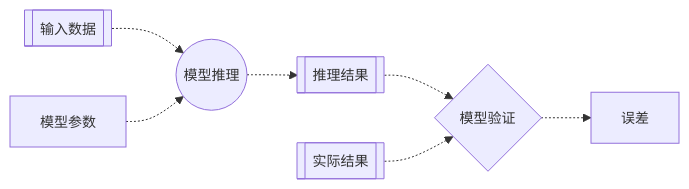
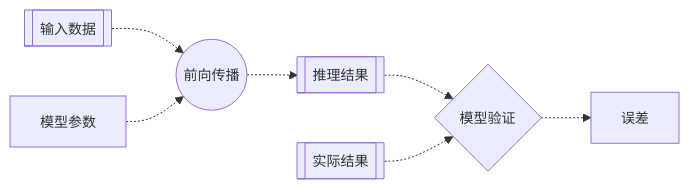
The third of 3 diagrams in edu/01-learn-neural-networks-from-scratch/md/01-artificial-neural-networks/02-损失函数：用均方误差验证模型.md (li-xiao-guang/teenytinynn), drawn with Mermaid before and after one commit. The commit also changed other lines of this file and 5 other files, not shown here.

````diff
--- a/edu/01-learn-neural-networks-from-scratch/md/01-artificial-neural-networks/02-损失函数：用均方误差验证模型.md
+++ b/edu/01-learn-neural-networks-from-scratch/md/01-artificial-neural-networks/02-损失函数：用均方误差验证模型.md
@@ -94,7 +99,7 @@
 ```mermaid
 %%{init: { "themeVariables": { "fontSize": "14px" } } }%%
 graph LR
-    x[[输入数据]] -.-> model((模型推理)) -.-> p[[推理结果]] -.-> loss{模型验证} -.-> e[误差]
+    x[[输入数据]] -.-> model((前向传播)) -.-> p[[推理结果]] -.-> loss{模型验证} -.-> e[误差]
     w[模型参数] -.-> model
     y[[实际结果]] -.-> loss
 ```
````
